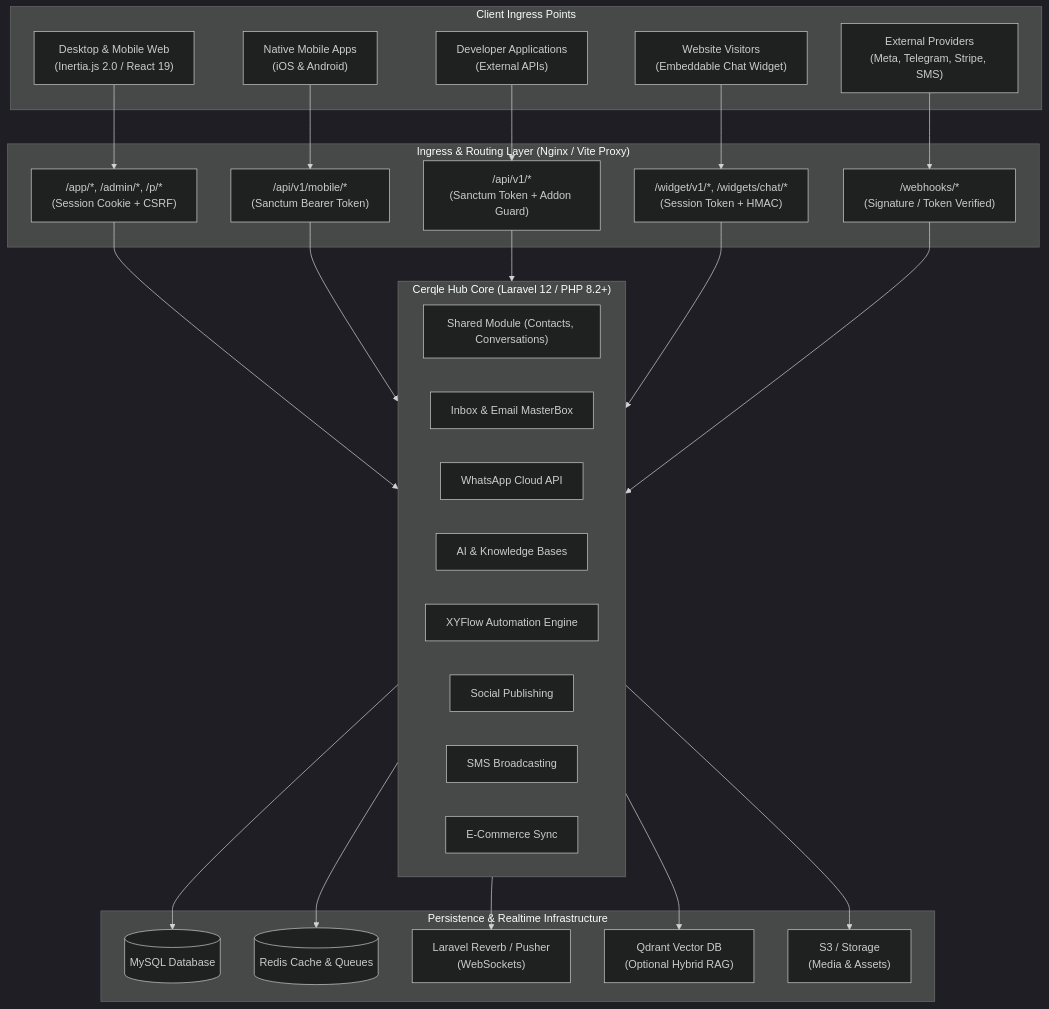
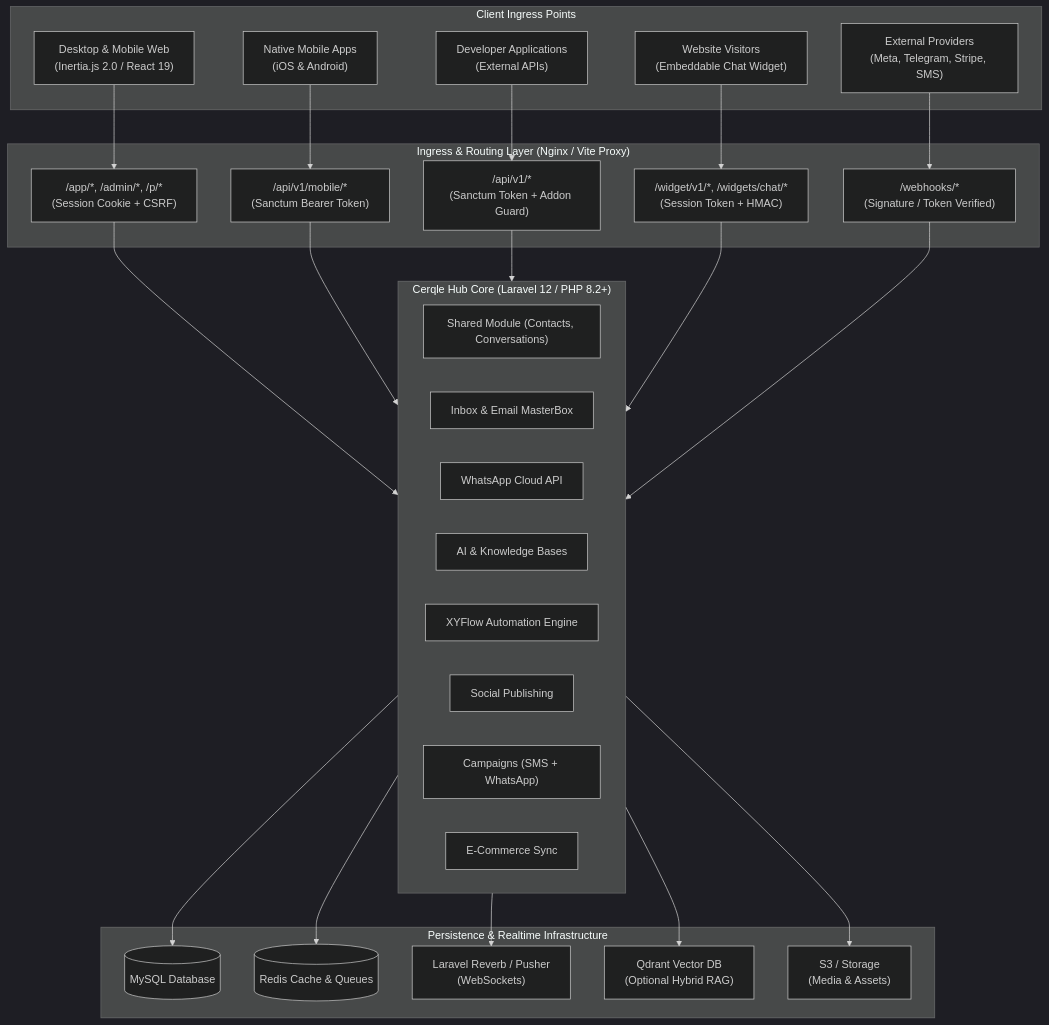
Before and after one commit to netrosystems/cerqle-hub: the first of 3 diagrams in ARCHITECTURE.md, drawn with Mermaid (dark theme). The commit also changed other lines of this file and 23 other files, not shown here.

Commit message:
feat(campaigns): enable guarded WhatsApp campaigns

````diff
--- a/ARCHITECTURE.md
+++ b/ARCHITECTURE.md
@@ -9,49 +9,49 @@
 ```mermaid
 flowchart TD
     subgraph Clients["Client Ingress Points"]
         Browser["Desktop & Mobile Web\n(Inertia.js 2.0 / React 19)"]
         MobileApp["Native Mobile Apps\n(iOS & Android)"]
         ThirdParty["Developer Applications\n(External APIs)"]
         ChatVisitors["Website Visitors\n(Embeddable Chat Widget)"]
         Providers["External Providers\n(Meta, Telegram, Stripe, SMS)"]
     end
 
     subgraph IngressProxy["Ingress & Routing Layer (Nginx / Vite Proxy)"]
         WebRoute["/app/*, /admin/*, /p/*\n(Session Cookie + CSRF)"]
         MobileRoute["/api/v1/mobile/*\n(Sanctum Bearer Token)"]
         DevApiRoute["/api/v1/*\n(Sanctum Token + Addon Guard)"]
         WidgetRoute["/widget/v1/*, /widgets/chat/*\n(Session Token + HMAC)"]
         WebhookRoute["/webhooks/*\n(Signature / Token Verified)"]
     end
 
     subgraph AppMonolith["Cerqle Hub Core (Laravel 12 / PHP 8.2+)"]
         ModuleShared["Shared Module (Contacts, Conversations)"]
         ModuleInbox["Inbox & Email MasterBox"]
         ModuleWA["WhatsApp Cloud API"]
         ModuleAI["AI & Knowledge Bases"]
         ModuleAuto["XYFlow Automation Engine"]
         ModuleSocial["Social Publishing"]
-        ModuleBroad["SMS Broadcasting"]
+        ModuleBroad["Campaigns (SMS + WhatsApp)"]
         ModuleEcom["E-Commerce Sync"]
     end
 
     subgraph DataStorage["Persistence & Realtime Infrastructure"]
         MySQL[(MySQL Database)]
         Redis[(Redis Cache & Queues)]
         Reverb["Laravel Reverb / Pusher\n(WebSockets)"]
         Qdrant["Qdrant Vector DB\n(Optional Hybrid RAG)"]
         S3["S3 / Storage\n(Media & Assets)"]
     end
 
     Browser --> WebRoute --> AppMonolith
     MobileApp --> MobileRoute --> AppMonolith
     ThirdParty --> DevApiRoute --> AppMonolith
     ChatVisitors --> WidgetRoute --> AppMonolith
     Providers --> WebhookRoute --> AppMonolith
 
     AppMonolith --> MySQL
     AppMonolith --> Redis
     AppMonolith --> Reverb
     AppMonolith --> Qdrant
     AppMonolith --> S3
 ```
````
